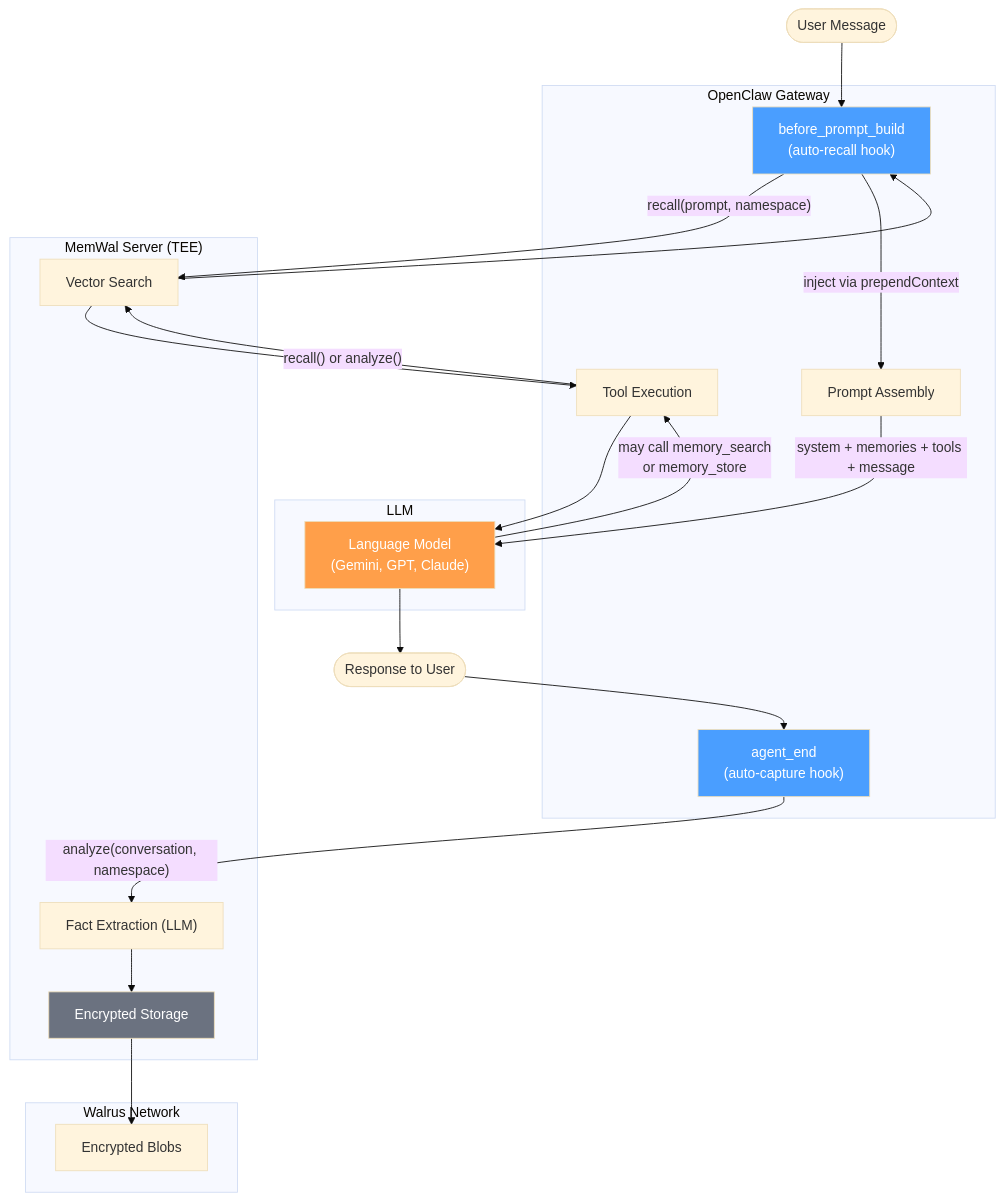
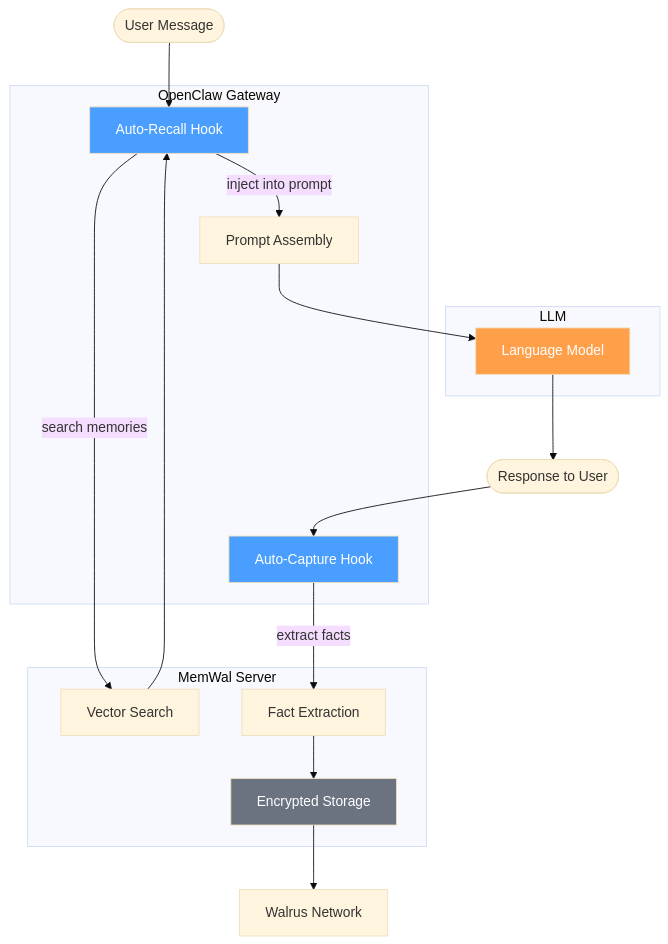
Before and after one commit to MystenLabs/MemWal: the diagram in packages/openclaw-memory-memwal/README.md, drawn with Mermaid (base theme). The commit also changed other lines of this file, not shown here.

````diff
--- a/packages/openclaw-memory-memwal/README.md
+++ b/packages/openclaw-memory-memwal/README.md
@@ -11,43 +175,36 @@
 ```mermaid
 graph TB
     subgraph "OpenClaw Gateway"
-        RECALL["before_prompt_build\n(auto-recall hook)"]
+        RECALL["Auto-Recall Hook"]
         PROMPT["Prompt Assembly"]
-        TOOL_EXEC["Tool Execution"]
-        CAPTURE["agent_end\n(auto-capture hook)"]
+        CAPTURE["Auto-Capture Hook"]
     end
 
     subgraph "LLM"
-        LLM_PROC["Language Model\n(Gemini, GPT, Claude)"]
+        LLM_PROC["Language Model"]
     end
 
-    subgraph "MemWal Server (TEE)"
+    subgraph "MemWal Server"
         SEARCH["Vector Search"]
-        ANALYZE["Fact Extraction (LLM)"]
+        ANALYZE["Fact Extraction"]
         STORE["Encrypted Storage"]
     end
 
-    subgraph "Walrus Network"
-        BLOBS["Encrypted Blobs"]
-    end
+    WALRUS["Walrus Network"]
 
     USER([User Message]) --> RECALL
-    RECALL -->|"recall(prompt, namespace)"| SEARCH
+    RECALL -->|"search memories"| SEARCH
     SEARCH --> RECALL
-    RECALL -->|"inject via prependContext"| PROMPT
-    PROMPT -->|"system + memories + tools + message"| LLM_PROC
-    LLM_PROC -->|"may call memory_search\nor memory_store"| TOOL_EXEC
-    TOOL_EXEC -->|"recall() or analyze()"| SEARCH
-    SEARCH --> TOOL_EXEC
-    TOOL_EXEC --> LLM_PROC
+    RECALL -->|"inject into prompt"| PROMPT
+    PROMPT --> LLM_PROC
     LLM_PROC --> RESPONSE([Response to User])
     RESPONSE --> CAPTURE
-    CAPTURE -->|"analyze(conversation, namespace)"| ANALYZE
+    CAPTURE -->|"extract facts"| ANALYZE
     ANALYZE --> STORE
-    STORE --> BLOBS
+    STORE --> WALRUS
 
     style RECALL fill:#4a9eff,color:#fff
     style CAPTURE fill:#4a9eff,color:#fff
     style LLM_PROC fill:#ff9f4a,color:#fff
     style STORE fill:#6b7280,color:#fff
 ```
````
